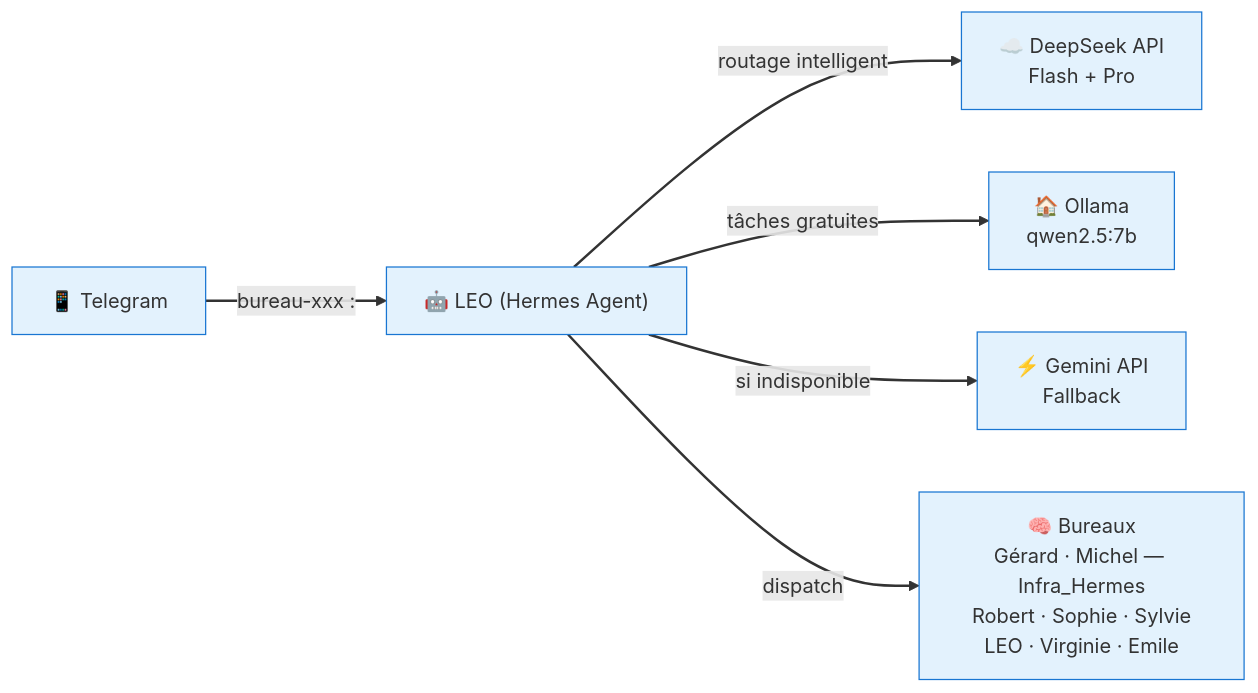
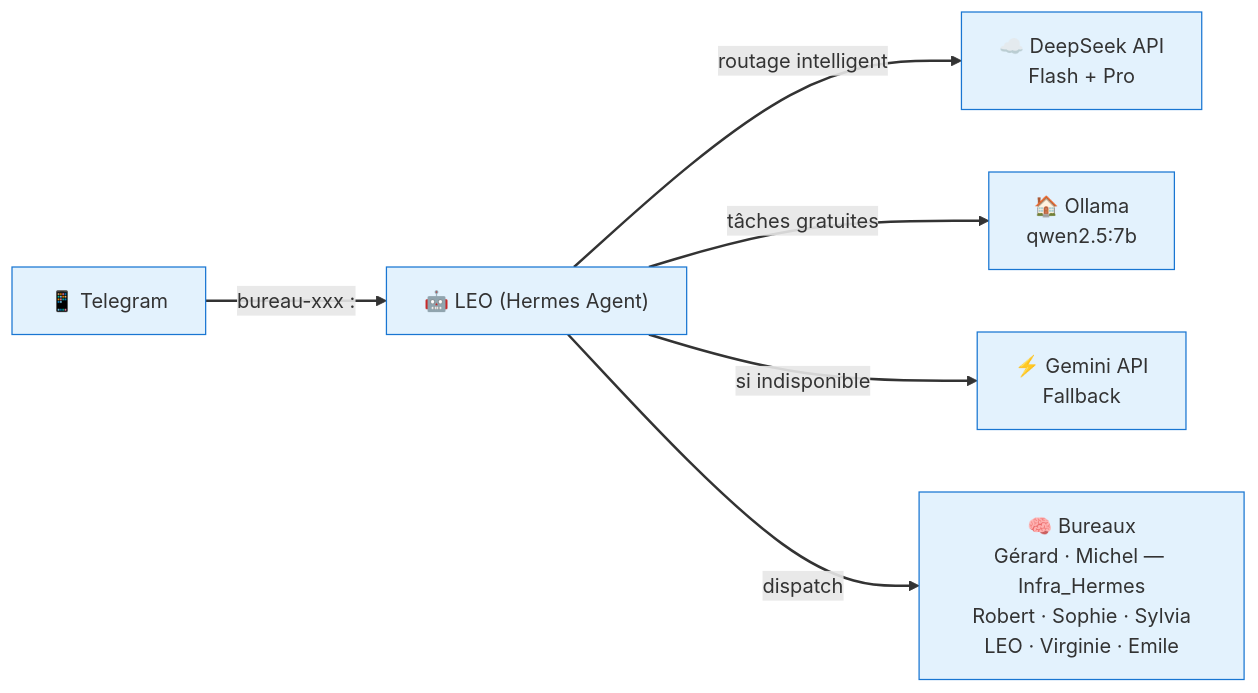
Before and after one commit to christophedanhier-hash/BAVI_LEO: the first of 3 diagrams in docs/index.md, drawn with Mermaid. The commit also changed other lines of this file and 14 other files, not shown here.

Commit message:
🧭 Bureau Sylvie → Sylvia

````diff
--- a/docs/index.md
+++ b/docs/index.md
@@ -42,23 +42,23 @@
 ```mermaid
 flowchart LR
     Telegram["📱 Telegram"]
     LEO["🤖 LEO (Hermes Agent)"]
-    Bureaux["🧠 Bureaux<br/>Gérard · Michel — Infra_Hermes<br/>Robert · Sophie · Sylvie<br/>LEO · Virginie · Emile"]
+    Bureaux["🧠 Bureaux<br/>Gérard · Michel — Infra_Hermes<br/>Robert · Sophie · Sylvia<br/>LEO · Virginie · Emile"]
     DeepSeek["☁️ DeepSeek API<br/>Flash + Pro"]
     Ollama["🏠 Ollama<br/>qwen2.5:7b"]
     Gemini["⚡ Gemini API<br/>Fallback"]
 
     Telegram -->|"bureau-xxx : <demande>"| LEO
     LEO -->|"routage intelligent"| DeepSeek
     LEO -->|"tâches gratuites"| Ollama
     LEO -->|"si indisponible"| Gemini
     LEO -->|"dispatch"| Bureaux
 
     style Telegram fill:#e3f2fd,stroke:#1976d2
     style LEO fill:#e3f2fd,stroke:#1976d2
     style Bureaux fill:#e3f2fd,stroke:#1976d2
     style DeepSeek fill:#e3f2fd,stroke:#1976d2
     style Ollama fill:#e3f2fd,stroke:#1976d2
     style Gemini fill:#e3f2fd,stroke:#1976d2
     linkStyle default stroke-width:2px,fill:none
 ```
````
